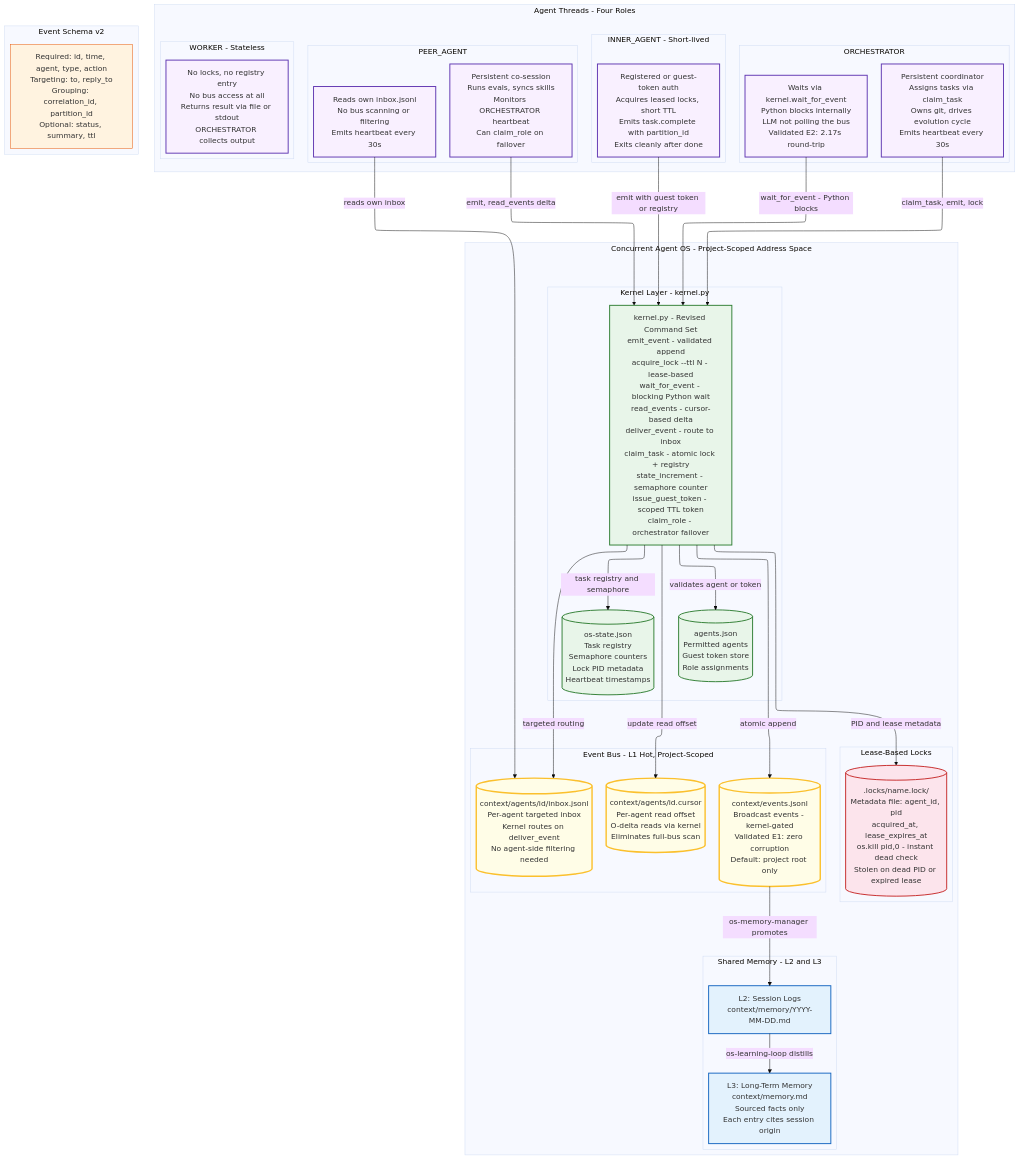
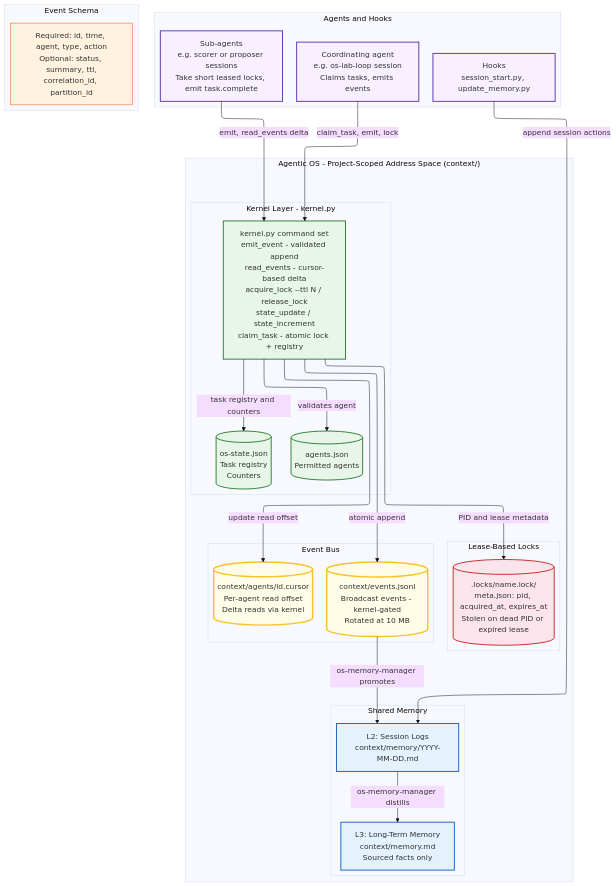
Before and after one commit to richfrem/agent-plugins-skills: the diagram in plugins/agent-agentic-os/assets/diagrams/architecture-overview.mmd, drawn with Mermaid. The commit also changed 292 other files, not shown here.

First line of the commit message:
refactor(agent-agentic-os): consolidate Cluster 2 into os-lab-* skills and one agent

```diff
--- a/plugins/agent-agentic-os/assets/diagrams/architecture-overview.mmd
+++ b/plugins/agent-agentic-os/assets/diagrams/architecture-overview.mmd
@@ -1,97 +1,78 @@
 ---
 config:
   layout: elk
   theme: base
 ---
 
-%% Concurrent Agent Loop - Architecture Overview v2
-%% Revised after 4-model red team review: Claude 4.6, Grok 4, GPT-5, Gemini 2.5 Pro
-%% Key changes: lease locks, blocking wait, cursor consumption, per-agent inboxes,
-%% guest tokens, atomic task claiming, ORCHESTRATOR failover, project-scoped bus
+%% Agentic OS kernel - architecture overview
+%% Matches scripts/kernel.py: acquire_lock, release_lock, emit_event, read_events,
+%% state_update, state_increment, claim_task. Files: events.jsonl, .locks/, os-state.json,
+%% agents.json, agents/<id>.cursor. Wait/inbox/guest-token/failover design ideas from the
+%% earlier red-team revision are not implemented and are no longer drawn.
 
 flowchart TB
 
-  subgraph OS ["Concurrent Agent OS - Project-Scoped Address Space"]
+  subgraph OS ["Agentic OS - Project-Scoped Address Space (context/)"]
     direction TB
 
     subgraph KernelLayer ["Kernel Layer - kernel.py"]
       direction LR
-      KernelPy["kernel.py - Revised Command Set<BR>emit_event - validated append<BR>acquire_lock --ttl N - lease-based<BR>wait_for_event - blocking Python wait<BR>read_events - cursor-based delta<BR>deliver_event - route to inbox<BR>claim_task - atomic lock + registry<BR>state_increment - semaphore counter<BR>issue_guest_token - scoped TTL token<BR>claim_role - orchestrator failover"]
-      AgentReg[("agents.json<BR>Permitted agents<BR>Guest token store<BR>Role assignments")]
-      OSState[("os-state.json<BR>Task registry<BR>Semaphore counters<BR>Lock PID metadata<BR>Heartbeat timestamps")]
+      KernelPy["kernel.py command set<BR>emit_event - validated append<BR>read_events - cursor-based delta<BR>acquire_lock --ttl N / release_lock<BR>state_update / state_increment<BR>claim_task - atomic lock + registry"]
+      AgentReg[("agents.json<BR>Permitted agents")]
+      OSState[("os-state.json<BR>Task registry<BR>Counters")]
     end
 
-    subgraph BusLayer ["Event Bus - L1 Hot, Project-Scoped"]
-      EventBus[("context/events.jsonl<BR>Broadcast events - kernel-gated<BR>Validated E1: zero corruption<BR>Default: project root only")]
-      Cursors[("context/agents/id.cursor<BR>Per-agent read offset<BR>O-delta reads via kernel<BR>Eliminates full-bus scan")]
-      Inboxes[("context/agents/id/inbox.jsonl<BR>Per-agent targeted inbox<BR>Kernel routes on deliver_event<BR>No agent-side filtering needed")]
+    subgraph BusLayer ["Event Bus"]
+      EventBus[("context/events.jsonl<BR>Broadcast events - kernel-gated<BR>Rotated at 10 MB")]
+      Cursors[("context/agents/id.cursor<BR>Per-agent read offset<BR>Delta reads via kernel")]
     end
 
     subgraph LockLayer ["Lease-Based Locks"]
-      Locks[(".locks/name.lock/<BR>Metadata file: agent_id, pid<BR>acquired_at, lease_expires_at<BR>os.kill pid,0 - instant dead check<BR>Stolen on dead PID or expired lease")]
+      Locks[(".locks/name.lock/<BR>meta.json: pid, acquired_at, expires_at<BR>Stolen on dead PID or expired lease")]
     end
 
-    subgraph MemoryLayers ["Shared Memory - L2 and L3"]
+    subgraph MemoryLayers ["Shared Memory"]
       direction LR
       L2["L2: Session Logs<BR>context/memory/YYYY-MM-DD.md"]
-      L3["L3: Long-Term Memory<BR>context/memory.md<BR>Sourced facts only<BR>Each entry cites session origin"]
+      L3["L3: Long-Term Memory<BR>context/memory.md<BR>Sourced facts only"]
     end
 
   end
 
-  subgraph Agents ["Agent Threads - Four Roles"]
+  subgraph Agents ["Agents and Hooks"]
     direction LR
-
-    subgraph ORC ["ORCHESTRATOR"]
-      ORC_Role["Persistent coordinator<BR>Assigns tasks via claim_task<BR>Owns git, drives evolution cycle<BR>Emits heartbeat every 30s"]
-      ORC_Wait["Waits via kernel.wait_for_event<BR>Python blocks internally<BR>LLM not polling the bus<BR>Validated E2: 2.17s round-trip"]
-    end
-
-    subgraph PEER ["PEER_AGENT"]
-      PEER_Role["Persistent co-session<BR>Runs evals, syncs skills<BR>Monitors ORCHESTRATOR heartbeat<BR>Can claim_role on failover"]
-      PEER_In["Reads own inbox.jsonl<BR>No bus scanning or filtering<BR>Emits heartbeat every 30s"]
-    end
-
-    subgraph IA ["INNER_AGENT - Short-lived"]
-      IA_Role["Registered or guest-token auth<BR>Acquires leased locks, short TTL<BR>Emits task.complete with partition_id<BR>Exits cleanly after done"]
-    end
-
-    subgraph WK ["WORKER - Stateless"]
-      WK_Role["No locks, no registry entry<BR>No bus access at all<BR>Returns result via file or stdout<BR>ORCHESTRATOR collects output"]
-    end
-
+    LOOP["Coordinating agent<BR>e.g. os-lab-loop session<BR>Claims tasks, emits events"]
+    SUB["Sub-agents<BR>e.g. scorer or proposer sessions<BR>Take short leased locks, emit task.complete"]
+    HOOKS["Hooks<BR>session_start.py, update_memory.py"]
   end
 
-  subgraph Schema ["Event Schema v2"]
-    SchemaBox["Required: id, time, agent, type, action<BR>Targeting: to, reply_to<BR>Grouping: correlation_id, partition_id<BR>Optional: status, summary, ttl"]
+  subgraph Schema ["Event Schema"]
+    SchemaBox["Required: id, time, agent, type, action<BR>Optional: status, summary, ttl,<BR>correlation_id, partition_id"]
   end
 
-  ORC_Role -- "claim_task, emit, lock" --> KernelPy
-  ORC_Wait -- "wait_for_event - Python blocks" --> KernelPy
-  PEER_Role -- "emit, read_events delta" --> KernelPy
-  PEER_In -- "reads own inbox" --> Inboxes
-  IA_Role -- "emit with guest token or registry" --> KernelPy
+  LOOP -- "claim_task, emit, lock" --> KernelPy
+  SUB -- "emit, read_events delta" --> KernelPy
+  HOOKS -- "append session actions" --> L2
 
   KernelPy -- "atomic append" --> EventBus
-  KernelPy -- "targeted routing" --> Inboxes
   KernelPy -- "update read offset" --> Cursors
-  KernelPy -- "validates agent or token" --> AgentReg
-  KernelPy -- "task registry and semaphore" --> OSState
+  KernelPy -- "validates agent" --> AgentReg
+  KernelPy -- "task registry and counters" --> OSState
   KernelPy -- "PID and lease metadata" --> Locks
 
   EventBus -- "os-memory-manager promotes" --> L2
-  L2 -- "os-learning-loop distills" --> L3
+  L2 -- "os-memory-manager distills" --> L3
 
   classDef agentRole fill:#f9f0ff,stroke:#5e35b1,stroke-width:2px
   classDef kernel fill:#e8f5e9,stroke:#2e7d32,stroke-width:2px
   classDef bus fill:#fffde7,stroke:#fbc02d,stroke-width:3px
   classDef lock fill:#fce4ec,stroke:#c62828,stroke-width:2px
   classDef mem fill:#e3f2fd,stroke:#1565c0,stroke-width:2px
   classDef schema fill:#fff3e0,stroke:#e65100,stroke-width:1px
 
-  class ORC_Role,ORC_Wait,PEER_Role,PEER_In,IA_Role,WK_Role agentRole
+  class LOOP,SUB,HOOKS agentRole
   class KernelPy,AgentReg,OSState kernel
-  class EventBus,Cursors,Inboxes bus
+  class EventBus,Cursors bus
   class Locks lock
   class L2,L3 mem
   class SchemaBox schema
```
